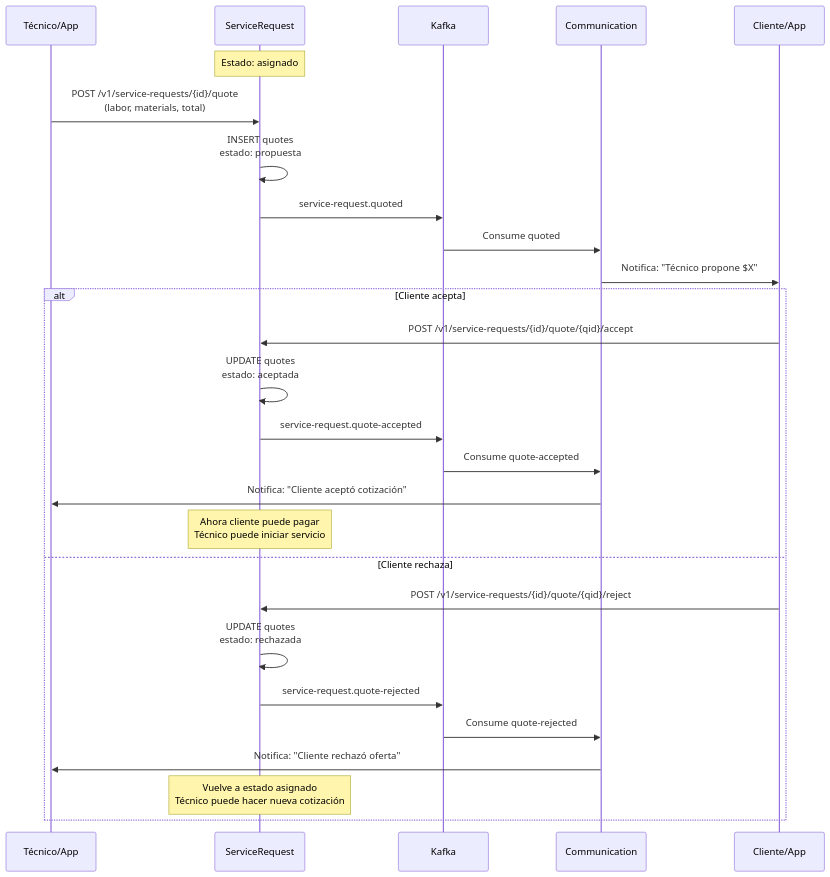
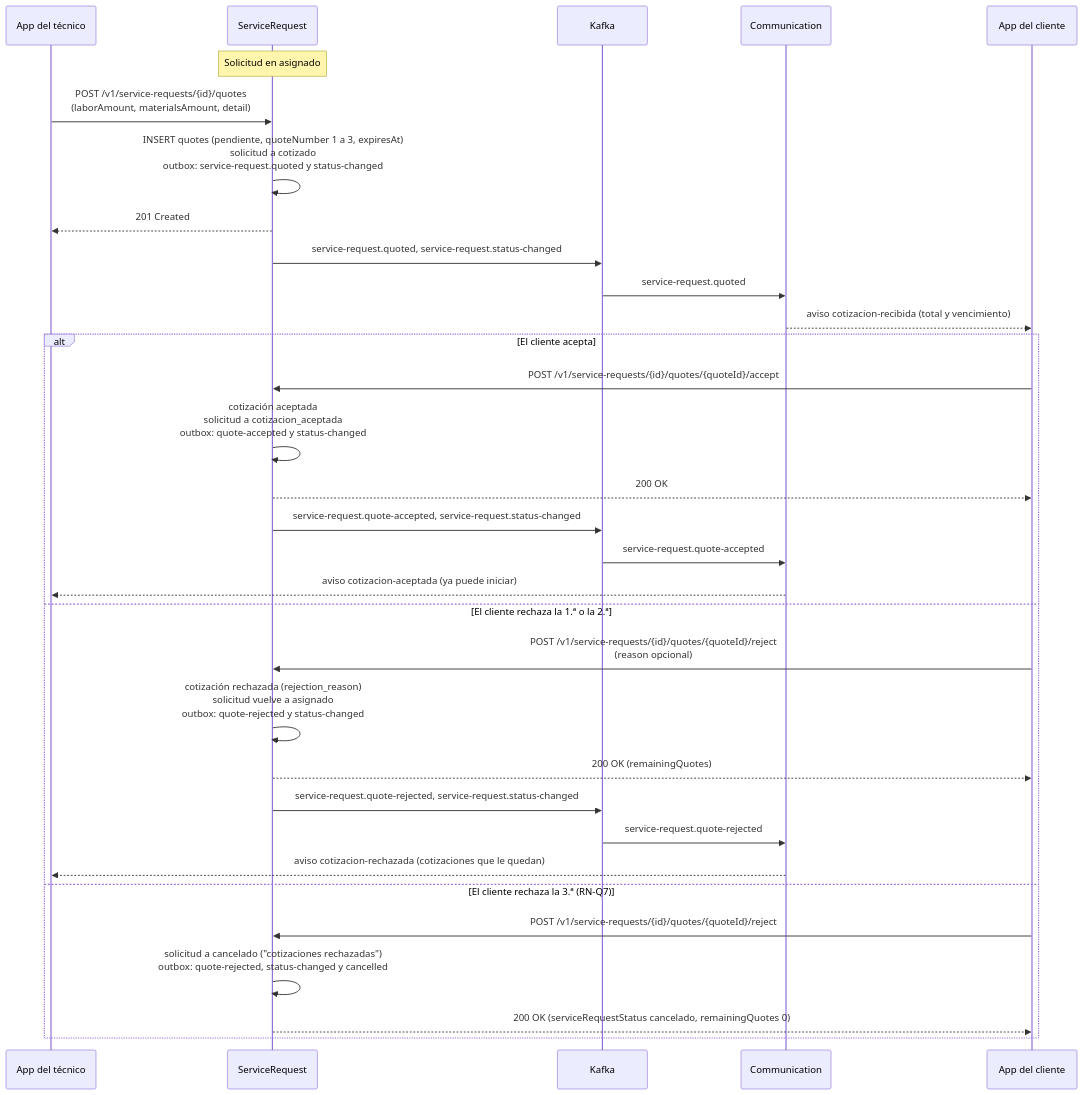
Before and after one commit to ARQUI-202630/quickpatch: the first of 4 diagrams in docs/architecture/DIAGRAMS_SCRUM591_DYNAMIC_FLOWS.md, drawn with Mermaid. The commit also changed other lines of this file, not shown here.

First line of the commit message:
docs(SCRUM-591): flujos de cotización, pago y cancelación alineados con el DD 5.17 y los contratos

````diff
--- a/docs/architecture/DIAGRAMS_SCRUM591_DYNAMIC_FLOWS.md
+++ b/docs/architecture/DIAGRAMS_SCRUM591_DYNAMIC_FLOWS.md
@@ -14,38 +15,37 @@
 ```mermaid
 sequenceDiagram
-    participant Tech as Técnico/App
+    participant Tech as App del técnico
     participant SR as ServiceRequest
-    participant Kafka as Kafka
-    participant Comm as Communication
-    participant Client as Cliente/App
-    
-    Note over SR: Estado: asignado
-    
-    Tech->>SR: POST /v1/service-requests/{id}/quote<br/>(labor, materials, total)
-    SR->>SR: INSERT quotes<br/>estado: propuesta
-    SR->>Kafka: service-request.quoted
-    
-    Kafka->>Comm: Consume quoted
-    Comm->>Client: Notifica: "Técnico propone $X"
-    
-    alt Cliente acepta
-        Client->>SR: POST /v1/service-requests/{id}/quote/{qid}/accept
-        SR->>SR: UPDATE quotes<br/>estado: aceptada
-        SR->>Kafka: service-request.quote-accepted
-        
-        Kafka->>Comm: Consume quote-accepted
-        Comm->>Tech: Notifica: "Cliente aceptó cotización"
-        
-        Note over SR: Ahora cliente puede pagar<br/>Técnico puede iniciar servicio
-        
-    else Cliente rechaza
-        Client->>SR: POST /v1/service-requests/{id}/quote/{qid}/reject
-        SR->>SR: UPDATE quotes<br/>estado: rechazada
-        SR->>Kafka: service-request.quote-rejected
-        
-        Kafka->>Comm: Consume quote-rejected
-        Comm->>Tech: Notifica: "Cliente rechazó oferta"
-        
-        Note over SR: Vuelve a estado asignado<br/>Técnico puede hacer nueva cotización
+    participant K as Kafka
+    participant CM as Communication
+    participant Client as App del cliente
+
+    Note over SR: Solicitud en asignado
+
+    Tech->>SR: POST /v1/service-requests/{id}/quotes<br/>(laborAmount, materialsAmount, detail)
+    SR->>SR: INSERT quotes (pendiente, quoteNumber 1 a 3, expiresAt)<br/>solicitud a cotizado<br/>outbox: service-request.quoted y status-changed
+    SR-->>Tech: 201 Created
+    SR->>K: service-request.quoted, service-request.status-changed
+    K->>CM: service-request.quoted
+    CM-->>Client: aviso cotizacion-recibida (total y vencimiento)
+
+    alt El cliente acepta
+        Client->>SR: POST /v1/service-requests/{id}/quotes/{quoteId}/accept
+        SR->>SR: cotización aceptada<br/>solicitud a cotizacion_aceptada<br/>outbox: quote-accepted y status-changed
+        SR-->>Client: 200 OK
+        SR->>K: service-request.quote-accepted, service-request.status-changed
+        K->>CM: service-request.quote-accepted
+        CM-->>Tech: aviso cotizacion-aceptada (ya puede iniciar)
+    else El cliente rechaza la 1.ª o la 2.ª
+        Client->>SR: POST /v1/service-requests/{id}/quotes/{quoteId}/reject<br/>(reason opcional)
+        SR->>SR: cotización rechazada (rejection_reason)<br/>solicitud vuelve a asignado<br/>outbox: quote-rejected y status-changed
+        SR-->>Client: 200 OK (remainingQuotes)
+        SR->>K: service-request.quote-rejected, service-request.status-changed
+        K->>CM: service-request.quote-rejected
+        CM-->>Tech: aviso cotizacion-rechazada (cotizaciones que le quedan)
+    else El cliente rechaza la 3.ª (RN-Q7)
+        Client->>SR: POST /v1/service-requests/{id}/quotes/{quoteId}/reject
+        SR->>SR: solicitud a cancelado ("cotizaciones rechazadas")<br/>outbox: quote-rejected, status-changed y cancelled
+        SR-->>Client: 200 OK (serviceRequestStatus cancelado, remainingQuotes 0)
     end
 ```
````
